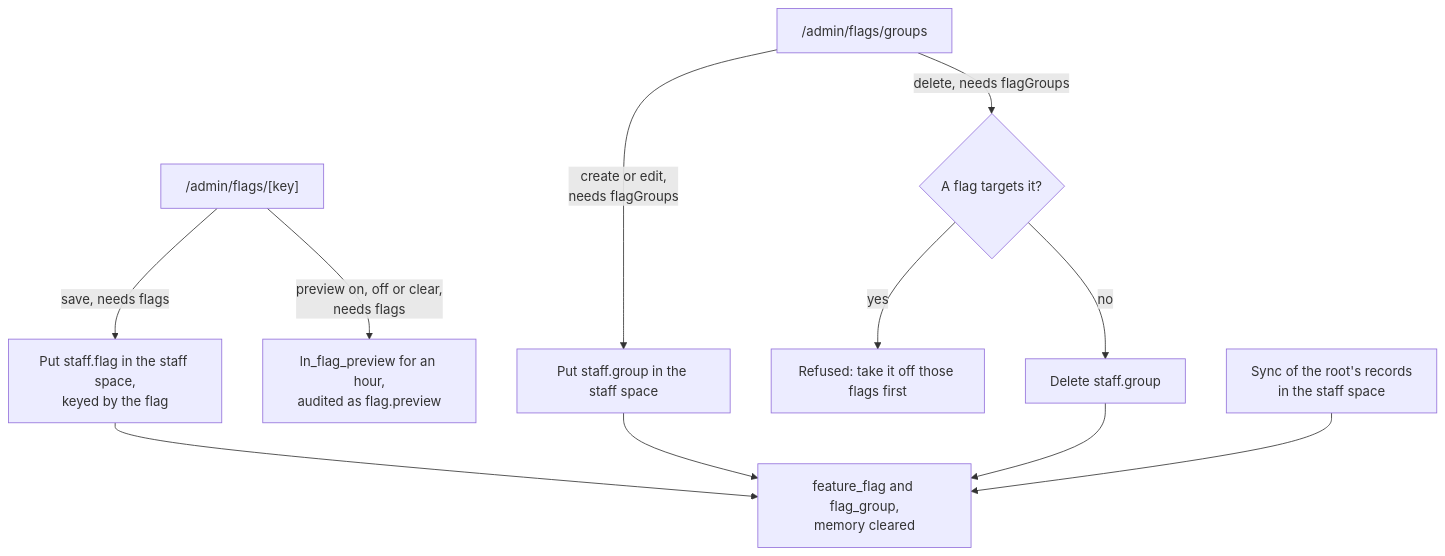
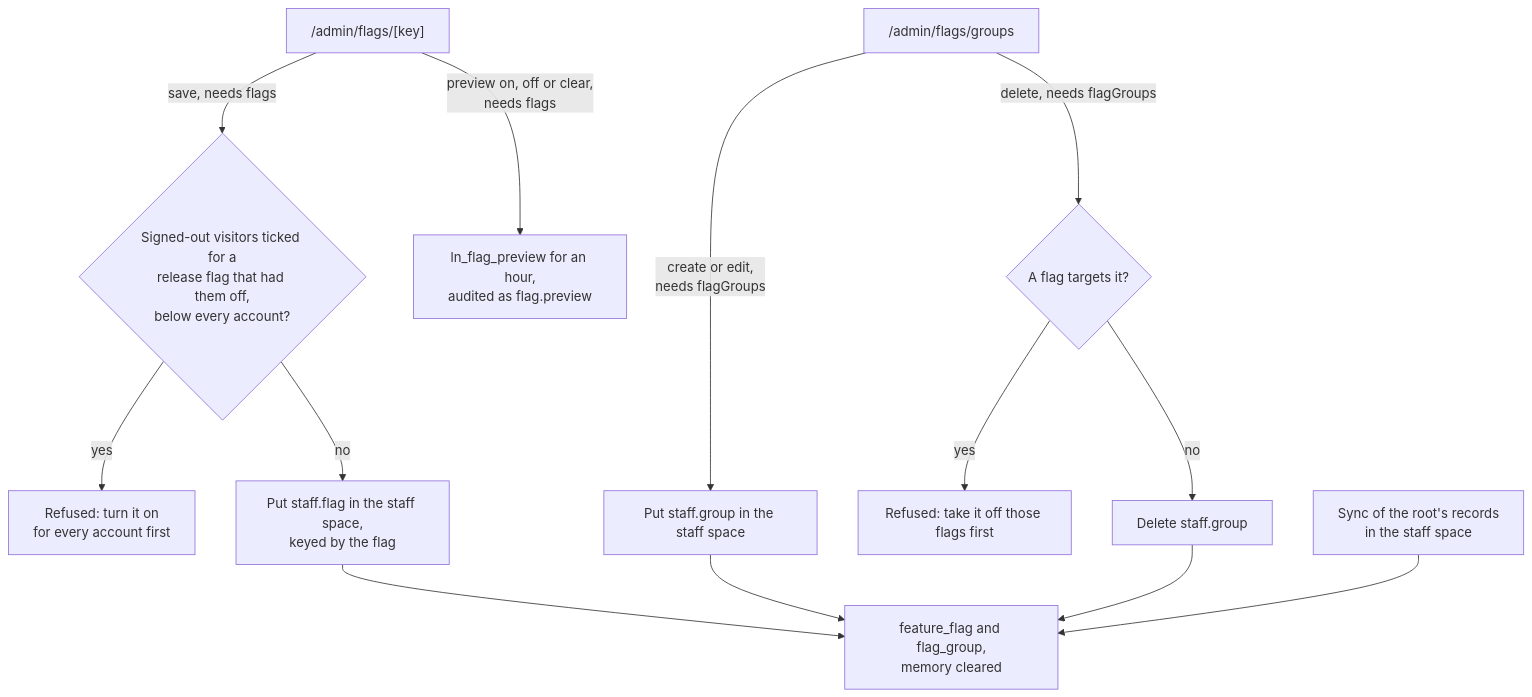
Before and after one commit to cutenode/localnetwork: the fourth of 5 diagrams in apps/web/docs/diagrams/flags.md, drawn with Mermaid. The commit also changed other lines of this file and 44 other files, not shown here.

First line of the commit message:
feat(web): turn a flag on for signed-out visitors last, as its own setting

````diff
--- a/apps/web/docs/diagrams/flags.md
+++ b/apps/web/docs/diagrams/flags.md
@@ -85,13 +84,15 @@
 ```mermaid
 flowchart TD
-  Flag["/admin/flags/[key]"] -- "save, needs flags" --> PutFlag["Put staff.flag in the staff space,<br/>keyed by the flag"]
+  Flag["/admin/flags/[key]"] -- "save, needs flags" --> Last{"Signed-out visitors ticked for a<br/>release flag that had them off,<br/>below every account?"}
+  Last -- "yes" --> TooSoon["Refused: turn it on<br/>for every account first"]
+  Last -- "no" --> PutFlag["Put staff.flag in the staff space,<br/>keyed by the flag"]
   Flag -- "preview on, off or clear,<br/>needs flags" --> Preview["ln_flag_preview for an hour,<br/>audited as flag.preview"]
   Groups["/admin/flags/groups"] -- "create or edit,<br/>needs flagGroups" --> PutGroup["Put staff.group in the staff space"]
   Groups -- "delete, needs flagGroups" --> InUse{"A flag targets it?"}
   InUse -- "yes" --> Refuse["Refused: take it off those flags first"]
   InUse -- "no" --> Delete["Delete staff.group"]
   PutFlag --> Index["feature_flag and flag_group,<br/>memory cleared"]
   PutGroup --> Index
   Delete --> Index
   Sync["Sync of the root's records<br/>in the staff space"] --> Index
 ```
````
